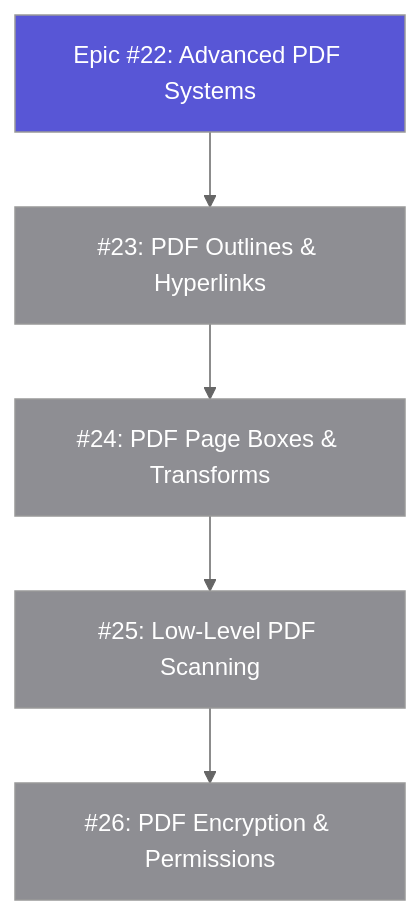
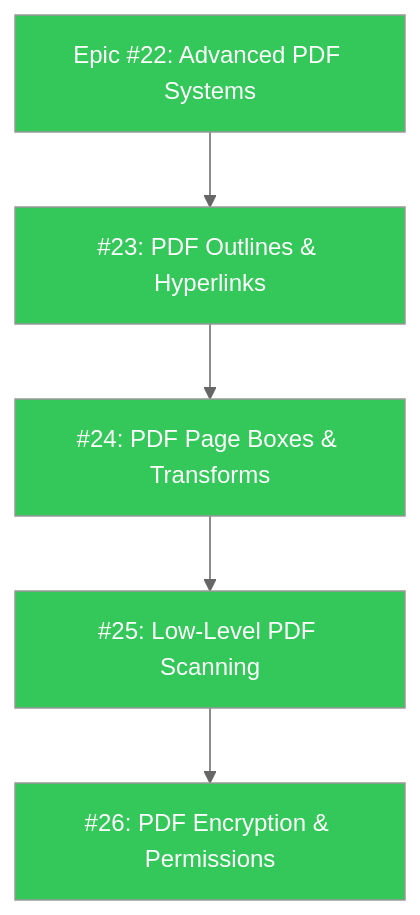
Before and after one commit to SlayerMotion/PureDraw: the ninth of 9 diagrams in README.md, drawn with Mermaid (neutral theme). The commit also changed other lines of this file and 1 other file, not shown here.

Commit message:
docs: mark the advanced PDF epic done in roadmap diagrams
Outlines, links, page boxes, the content scanner, and encryption are
shipped; only the pattern and shading features (#29, #30) remain open.

````diff
--- a/README.md
+++ b/README.md
@@ -286,17 +286,17 @@
 ```mermaid
 flowchart TB
     classDef done    fill:#34C759,color:#FFFFFF
     classDef active  fill:#007AFF,color:#FFFFFF
     classDef review  fill:#30B0C7,color:#FFFFFF
     classDef next    fill:#5856D6,color:#FFFFFF
     classDef partial fill:#FF9500,color:#FFFFFF
     classDef todo    fill:#8E8E93,color:#FFFFFF
 
-    Epic22["Epic #22: Advanced PDF Systems"]:::next --> I23["#23: PDF Outlines & Hyperlinks"]:::todo --> I24["#24: PDF Page Boxes & Transforms"]:::todo --> I25["#25: Low-Level PDF Scanning"]:::todo --> I26["#26: PDF Encryption & Permissions"]:::todo
+    Epic22["Epic #22: Advanced PDF Systems"]:::done --> I23["#23: PDF Outlines & Hyperlinks"]:::done --> I24["#24: PDF Page Boxes & Transforms"]:::done --> I25["#25: Low-Level PDF Scanning"]:::done --> I26["#26: PDF Encryption & Permissions"]:::done
 
     click Epic22 href "https://github.com/mihaelamj/PureDraw/issues/22" "Epic #22"
     click I23 href "https://github.com/mihaelamj/PureDraw/issues/23" "Issue #23"
     click I24 href "https://github.com/mihaelamj/PureDraw/issues/24" "Issue #24"
     click I25 href "https://github.com/mihaelamj/PureDraw/issues/25" "Issue #25"
     click I26 href "https://github.com/mihaelamj/PureDraw/issues/26" "Issue #26"
 ```
````
